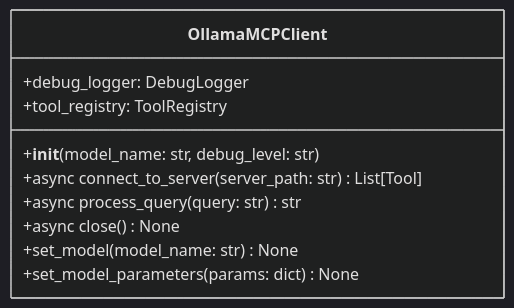
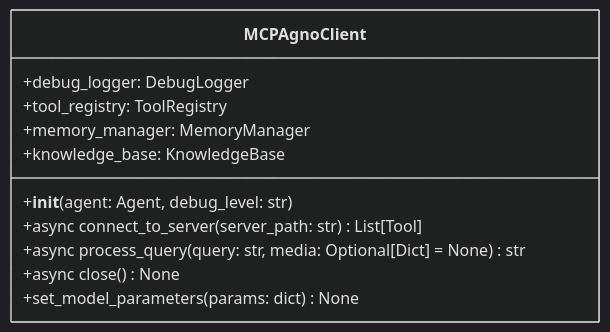
Before and after one commit to NewAITees/ollama-mcp-client-webapp: the first of 5 diagrams in docs/API_DOCUMENTATION.md, drawn with Mermaid (dark theme). The commit also changed other lines of this file and 18 other files, not shown here.

First line of the commit message:
Refactor Ollama MCP Client & Agent to integrate Agno framework and enhance multimodal capabilities

````diff
--- a/docs/API_DOCUMENTATION.md
+++ b/docs/API_DOCUMENTATION.md
@@ -21,13 +22,14 @@
 ```mermaid
 classDiagram
-    class OllamaMCPClient {
-        +__init__(model_name: str, debug_level: str)
+    class MCPAgnoClient {
+        +__init__(agent: Agent, debug_level: str)
         +async connect_to_server(server_path: str) List[Tool]
-        +async process_query(query: str) str
+        +async process_query(query: str, media: Optional[Dict] = None) str
         +async close() None
-        +set_model(model_name: str) None
         +set_model_parameters(params: dict) None
         +debug_logger: DebugLogger
         +tool_registry: ToolRegistry
+        +memory_manager: MemoryManager
+        +knowledge_base: KnowledgeBase
     }
 ```
````
